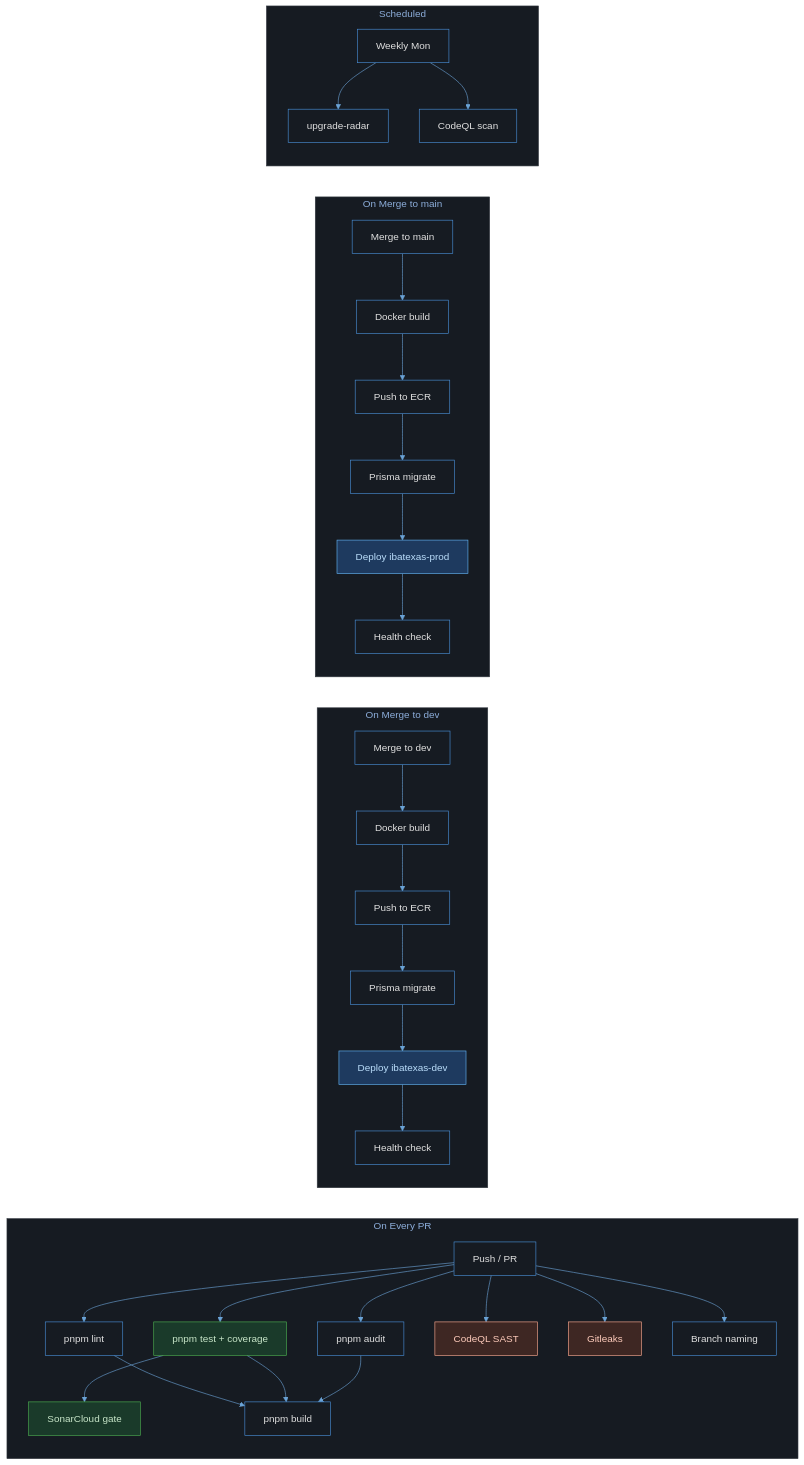
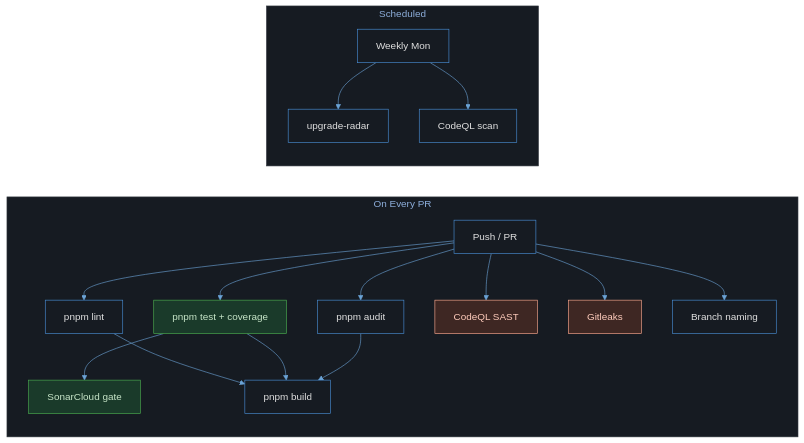
One commit to BrunoRodolpho/ibatexas changed the fifth of 7 diagrams in docs/architecture/README.md. Above: the diagram before and after it, drawn with Mermaid. The commit also changed other lines of this file, not shown here.

First line of the commit message:
docs(arch): split deploy pipelines into vertical diagrams

````diff
--- a/docs/architecture/README.md
+++ b/docs/architecture/README.md
@@ -263,42 +263,24 @@
 ```mermaid
 %%{init: {'theme': 'base', 'themeVariables': {'primaryColor': '#1e3a5f', 'primaryTextColor': '#e0e0e0', 'primaryBorderColor': '#4a90d9', 'lineColor': '#6ba3d6', 'background': '#0d1117', 'mainBkg': '#161b22', 'clusterBkg': '#161b22', 'clusterBorder': '#30363d'}}}%%
 flowchart LR
   subgraph PR["On Every PR"]
     PUSH[Push / PR] --> LINT[pnpm lint]
     PUSH --> TEST[pnpm test + coverage]
     PUSH --> AUDIT[pnpm audit]
     PUSH --> CODEQL[CodeQL SAST]
     PUSH --> SECRETS[Gitleaks]
     PUSH --> BRANCH[Branch naming]
     TEST --> SONAR[SonarCloud gate]
     LINT & TEST & AUDIT --> BUILD[pnpm build]
   end
 
-  subgraph STAGING["On Merge to dev"]
-    DEV[Merge to dev] --> S1[Docker build]
-    S1 --> S2[Push to ECR]
-    S2 --> S3[Prisma migrate]
-    S3 --> S4["Deploy ibatexas-dev"]
-    S4 --> S5[Health check]
-  end
-
-  subgraph PROD["On Merge to main"]
-    MAIN[Merge to main] --> P1[Docker build]
-    P1 --> P2[Push to ECR]
-    P2 --> P3[Prisma migrate]
-    P3 --> P4["Deploy ibatexas-prod"]
-    P4 --> P5[Health check]
-  end
-
   subgraph CRON["Scheduled"]
     W[Weekly Mon] --> U[upgrade-radar]
     W --> CQ[CodeQL scan]
   end
 
   style TEST fill:#1a3a2a,stroke:#4caf50,color:#c8e6c9
   style SONAR fill:#1a3a2a,stroke:#4caf50,color:#c8e6c9
   style CODEQL fill:#3e2723,stroke:#ffab91,color:#ffccbc
   style SECRETS fill:#3e2723,stroke:#ffab91,color:#ffccbc
-  style S4 fill:#1e3a5f,stroke:#64b5f6,color:#bbdefb
-  style P4 fill:#1e3a5f,stroke:#64b5f6,color:#bbdefb
 ```
````
